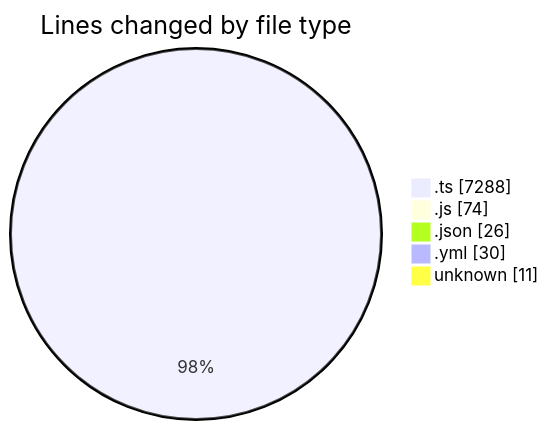
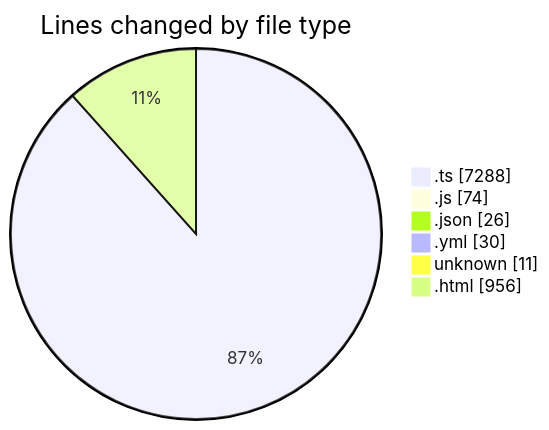
One commit to tmsrecording-cyber/code-tracking changed the first of 2 diagrams in 2026-02-07/singularitybrainai/README.md. Above: the diagram before and after it, drawn with Mermaid. The commit also changed other lines of this file and 1 other file, not shown here.

````diff
--- a/2026-02-07/singularitybrainai/README.md
+++ b/2026-02-07/singularitybrainai/README.md
@@ -39,9 +41,10 @@
 ```mermaid
 pie showData
 title Lines changed by file type
 ".ts" : 7288
 ".js" : 74
 ".json" : 26
 ".yml" : 30
 "unknown" : 11
+".html" : 956
 ```
````
